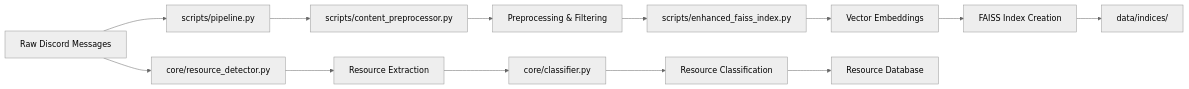
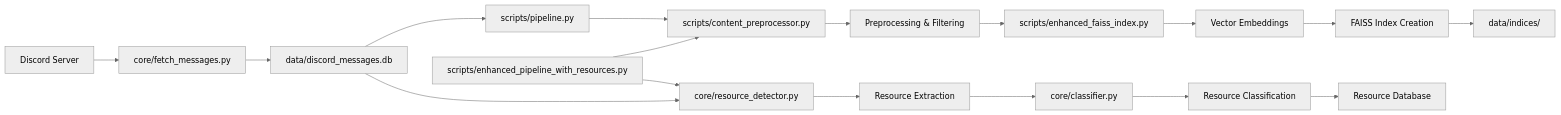
One commit to jcordovilla/pepe changed the second of 4 diagrams in docs/SYSTEM_ARCHITECTURE_MAP.md. Above: the diagram before and after it, drawn with Mermaid (neutral theme). The commit also changed other lines of this file and 2 other files, not shown here.

First line of the commit message:
🔧 CORRECTED: Complete codebase analysis with accurate dependencies

````diff
--- a/docs/SYSTEM_ARCHITECTURE_MAP.md
+++ b/docs/SYSTEM_ARCHITECTURE_MAP.md
@@ -34,16 +41,26 @@
 ```mermaid
 graph LR
-    A[Raw Discord Messages] --> B[scripts/pipeline.py]
-    B --> C[scripts/content_preprocessor.py]
-    C --> D[Preprocessing & Filtering]
-    D --> E[scripts/enhanced_faiss_index.py]
-    E --> F[Vector Embeddings]
-    F --> G[FAISS Index Creation]
-    G --> H[data/indices/]
+    %% Data Ingestion (CORRECTED)
+    A[Discord Server] --> B[core/fetch_messages.py]
+    B --> C[data/discord_messages.db]
     
-    A --> I[core/resource_detector.py]
-    I --> J[Resource Extraction]
-    J --> K[core/classifier.py]
-    K --> L[Resource Classification]
-    L --> M[Resource Database]
+    %% Current Production Pipeline
+    C --> D[scripts/pipeline.py]
+    D --> E[scripts/content_preprocessor.py]
+    E --> F[Preprocessing & Filtering]
+    F --> G[scripts/enhanced_faiss_index.py]
+    G --> H[Vector Embeddings]
+    H --> I[FAISS Index Creation]
+    I --> J[data/indices/]
+    
+    %% Resource Processing
+    C --> K[core/resource_detector.py]
+    K --> L[Resource Extraction]
+    L --> M[core/classifier.py]
+    M --> N[Resource Classification]
+    N --> O[Resource Database]
+    
+    %% Enhanced Pipeline Alternative
+    P[scripts/enhanced_pipeline_with_resources.py] --> E
+    P --> K
 ```
````
